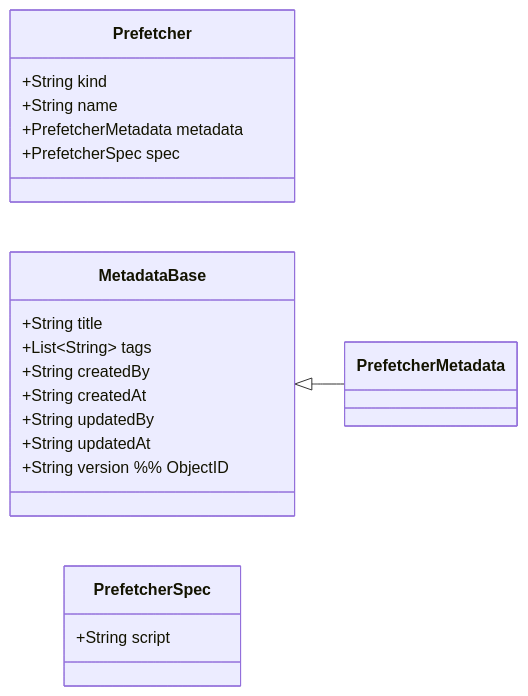
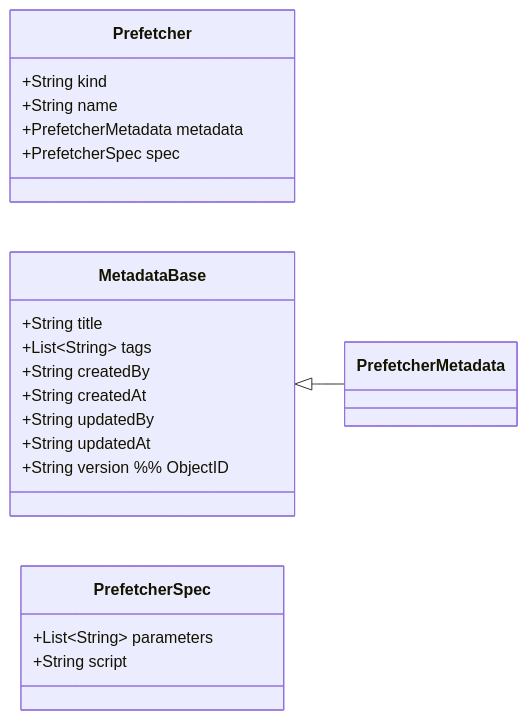
One commit to lchrennew/es-workflow changed the diagram in docs/design/12-prefetcher-domain.md. Above: the diagram before and after it, drawn with Mermaid. The commit also changed other lines of this file and 9 other files, not shown here.

````diff
--- a/docs/design/12-prefetcher-domain.md
+++ b/docs/design/12-prefetcher-domain.md
@@ -16,31 +16,32 @@
 ```mermaid
 classDiagram
 direction LR
 
 class Prefetcher {
   +String kind
   +String name
   +PrefetcherMetadata metadata
   +PrefetcherSpec spec
 }
 
 class MetadataBase {
   +String title
   +List~String~ tags
   +String createdBy
   +String createdAt
   +String updatedBy
   +String updatedAt
   +String version  %% ObjectID
 }
 
 class PrefetcherMetadata {
     
 }
 
 class PrefetcherSpec {
+  +List~String~ parameters
   +String script
 }
 
 MetadataBase <|-- PrefetcherMetadata
 ```
````
